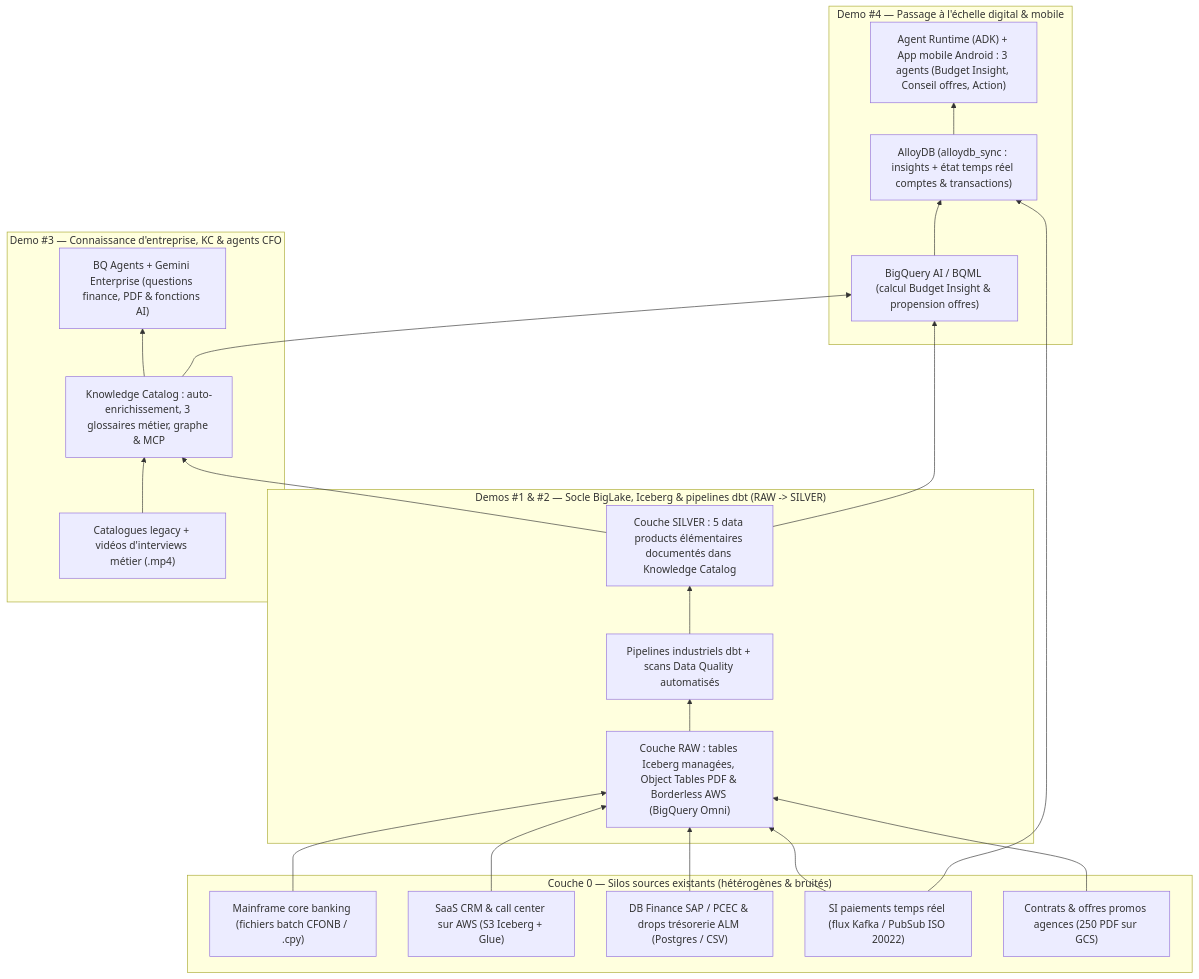
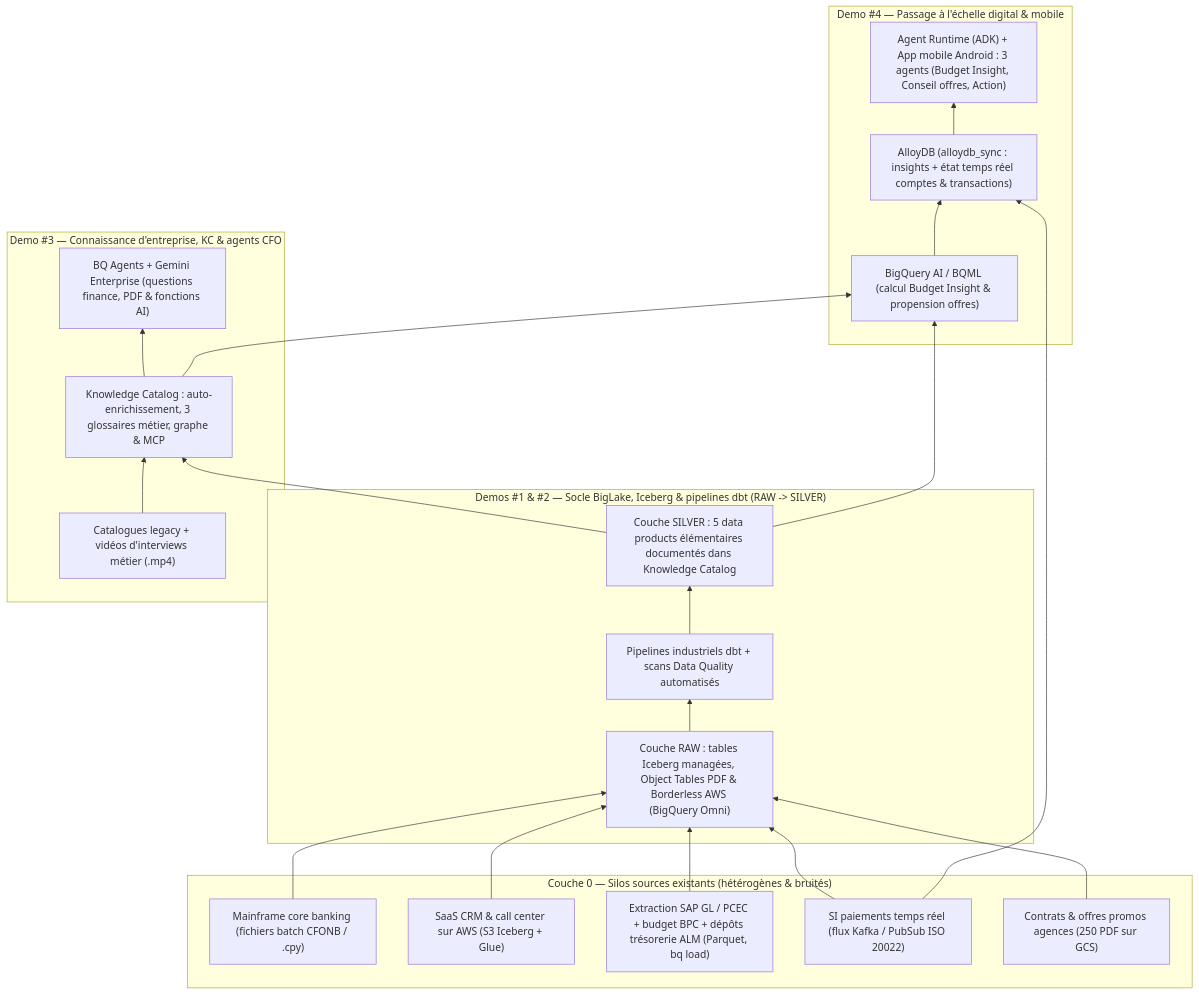
One commit to cmorizot-fr/data-days-26-demo changed the diagram in DESIGN_AND_CONTEXT.md. Above: the diagram before and after it, drawn with Mermaid. The commit also changed other lines of this file and 11 other files, not shown here.

First line of the commit message:
feat(finance): silo SAP / PCEC & ALM chargé dans raw_bank.raw_sap_gl_alm

````diff
--- a/DESIGN_AND_CONTEXT.md
+++ b/DESIGN_AND_CONTEXT.md
@@ -29,43 +29,43 @@
 ```mermaid
 flowchart BT
     subgraph SILOS["Couche 0 — Silos sources existants (hétérogènes & bruités)"]
         S_MF["Mainframe core banking (fichiers batch CFONB / .cpy)"]
         S_AWS["SaaS CRM & call center sur AWS (S3 Iceberg + Glue)"]
-        S_FIN["DB Finance SAP / PCEC & drops trésorerie ALM (Postgres / CSV)"]
+        S_FIN["Extraction SAP GL / PCEC + budget BPC + dépôts trésorerie ALM (Parquet, bq load)"]
         S_PAY["SI paiements temps réel (flux Kafka / PubSub ISO 20022)"]
         S_PDF["Contrats & offres promos agences (250 PDF sur GCS)"]
     end
 
     subgraph RAW_SILVER["Demos #1 & #2 — Socle BigLake, Iceberg & pipelines dbt (RAW -> SILVER)"]
         RAW["Couche RAW : tables Iceberg managées, Object Tables PDF & Borderless AWS (BigQuery Omni)"]
         DBT["Pipelines industriels dbt + scans Data Quality automatisés"]
         DP["Couche SILVER : 5 data products élémentaires documentés dans Knowledge Catalog"]
     end
 
     subgraph GOLD_KC["Demo #3 — Connaissance d'entreprise, KC & agents CFO"]
         LEG["Catalogues legacy + vidéos d'interviews métier (.mp4)"]
         KC["Knowledge Catalog : auto-enrichissement, 3 glossaires métier, graphe & MCP"]
         BQA["BQ Agents + Gemini Enterprise (questions finance, PDF & fonctions AI)"]
     end
 
     subgraph SCALE_APP["Demo #4 — Passage à l'échelle digital & mobile"]
         BQML["BigQuery AI / BQML (calcul Budget Insight & propension offres)"]
         ALLOY["AlloyDB (alloydb_sync : insights + état temps réel comptes & transactions)"]
         ADK["Agent Runtime (ADK) + App mobile Android : 3 agents (Budget Insight, Conseil offres, Action)"]
     end
 
     S_MF --> RAW
     S_AWS --> RAW
     S_FIN --> RAW
     S_PAY --> RAW
     S_PDF --> RAW
     RAW --> DBT --> DP
     LEG --> KC
     DP --> KC
     KC --> BQA
     DP --> BQML
     KC --> BQML
     S_PAY --> ALLOY
     BQML --> ALLOY
     ALLOY --> ADK
 ```
````
